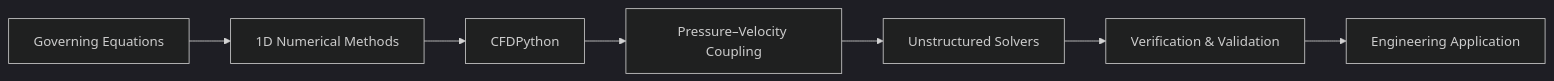
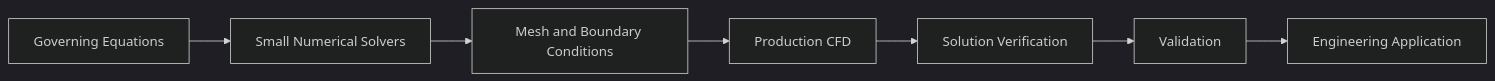
The diagram in learning-paths/cfd.md (islam-md-didarul/mechanical-cfd-ai-research-hub), drawn with Mermaid (dark theme) before and after one commit. The commit also changed other lines of this file and 20 other files, not shown here.

````diff
--- a/learning-paths/cfd.md
+++ b/learning-paths/cfd.md
@@ -11,9 +9,9 @@
 ```mermaid
 flowchart LR
-    A["Governing Equations"] --> B["1D Numerical Methods"]
-    B --> C["CFDPython"]
-    C --> D["Pressure–Velocity Coupling"]
-    D --> E["Unstructured Solvers"]
-    E --> F["Verification & Validation"]
+    A["Governing Equations"] --> B["Small Numerical Solvers"]
+    B --> C["Mesh and Boundary Conditions"]
+    C --> D["Production CFD"]
+    D --> E["Solution Verification"]
+    E --> F["Validation"]
     F --> G["Engineering Application"]
 ```
````
